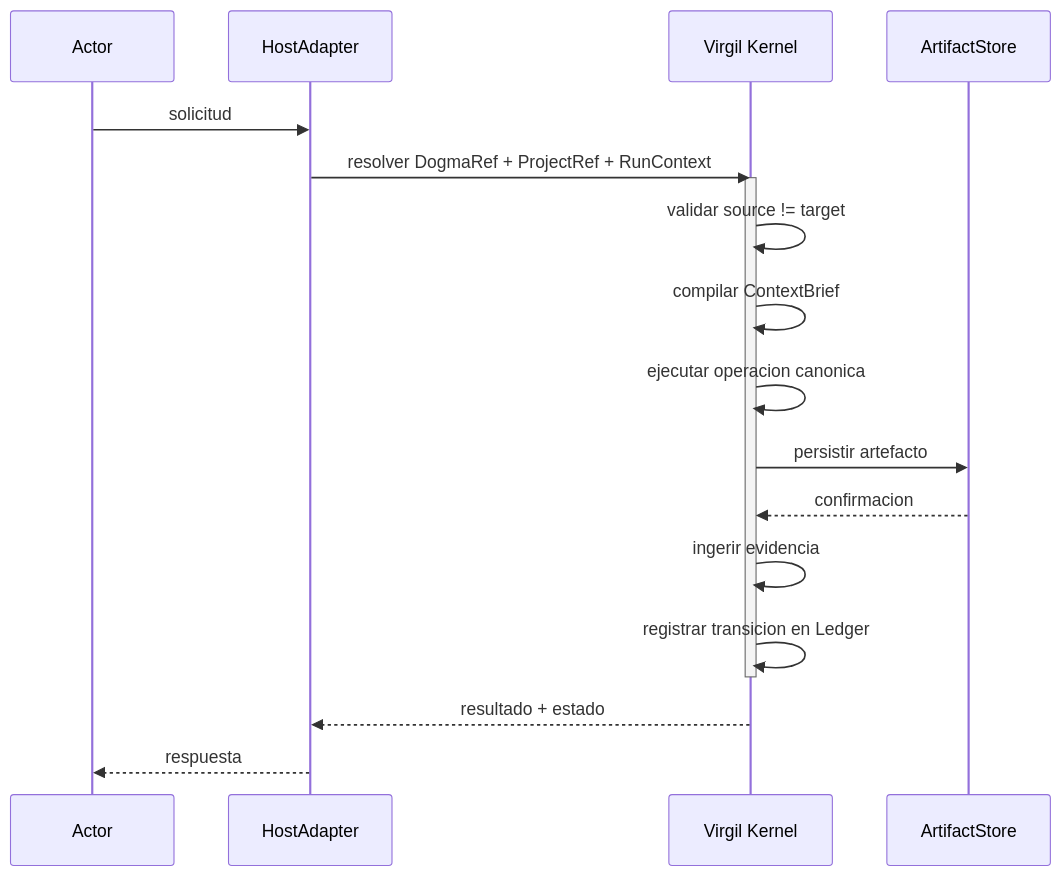
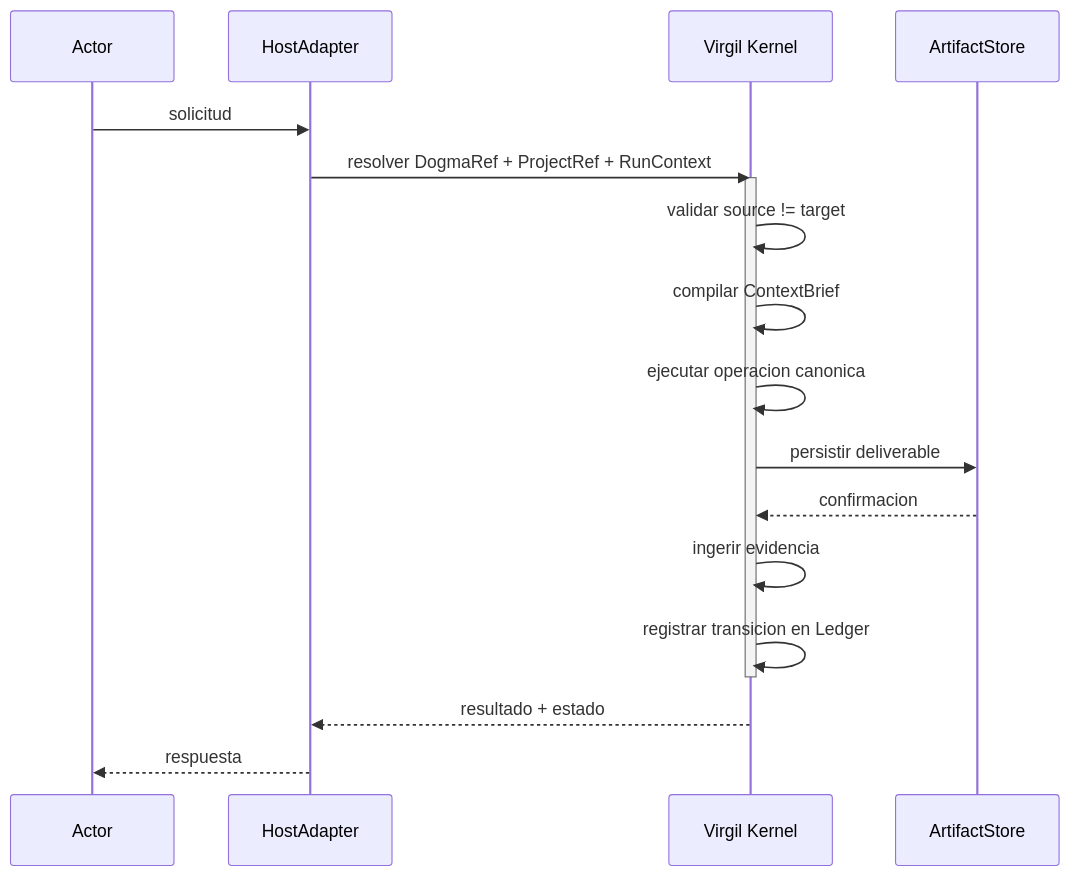
Before and after one commit to virgenherrera/virgil: the fourth of 30 diagrams in principia/overview.md, drawn with Mermaid. The commit also changed other lines of this file, not shown here.

````diff
--- a/principia/overview.md
+++ b/principia/overview.md
@@ -169,23 +175,23 @@
 ```mermaid
 sequenceDiagram
     participant ACT as Actor
     participant HA as HostAdapter
     participant VK as Virgil Kernel
     participant SA as ArtifactStore
 
     ACT->>HA: solicitud
     HA->>VK: resolver DogmaRef + ProjectRef + RunContext
 
     activate VK
     VK->>VK: validar source != target
     VK->>VK: compilar ContextBrief
     VK->>VK: ejecutar operacion canonica
-    VK->>SA: persistir artefacto
+    VK->>SA: persistir deliverable
     SA-->>VK: confirmacion
     VK->>VK: ingerir evidencia
     VK->>VK: registrar transicion en Ledger
     deactivate VK
 
     VK-->>HA: resultado + estado
     HA-->>ACT: respuesta
 ```
````
